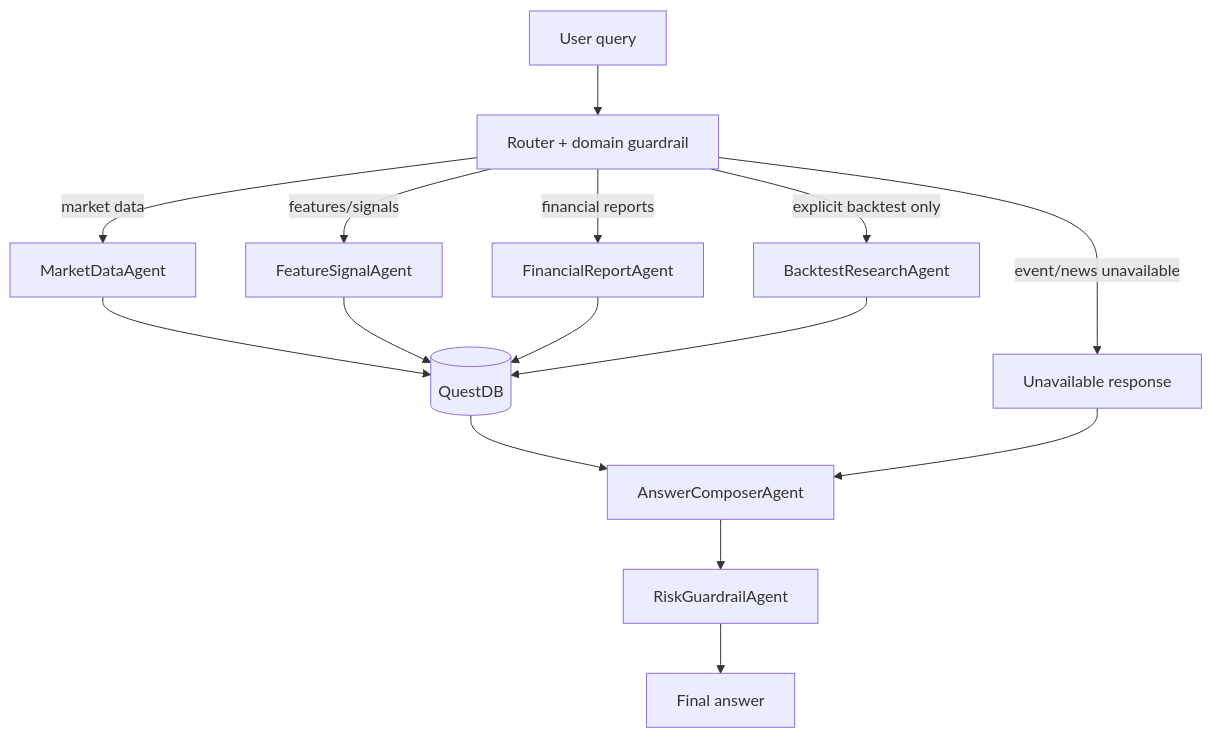
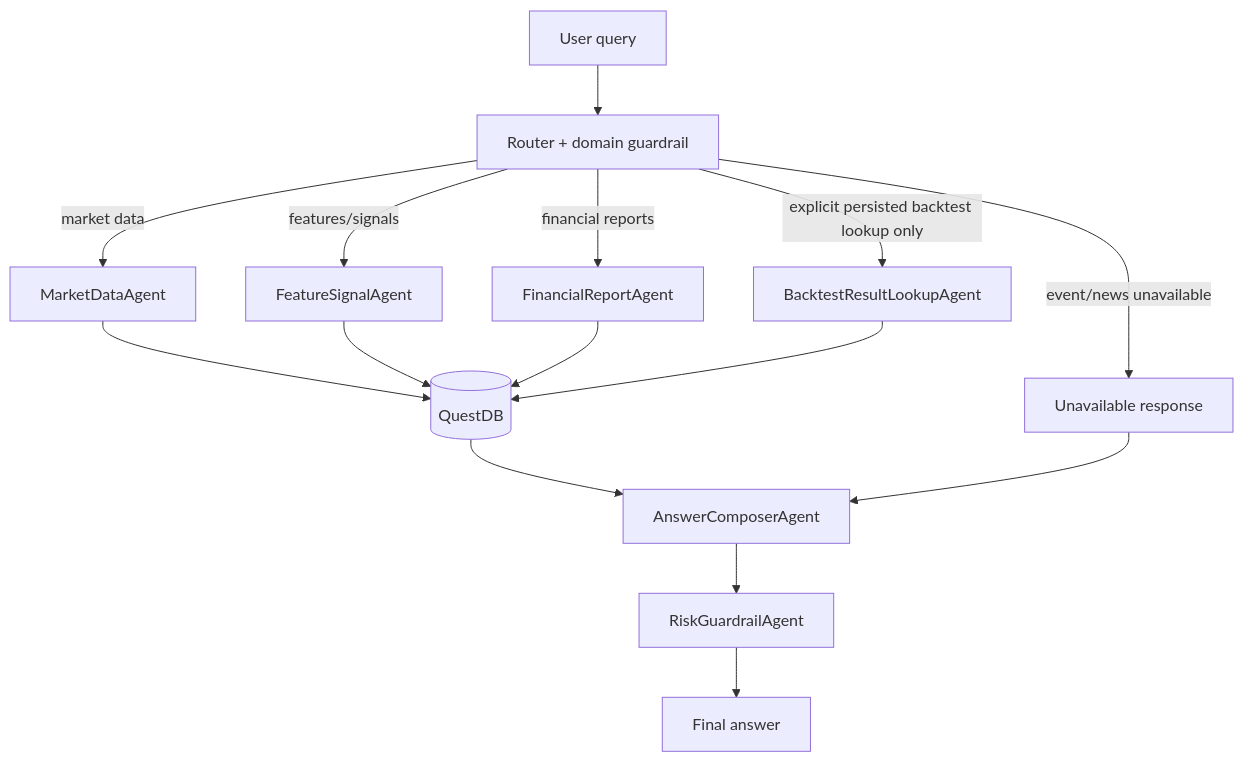
Before and after one commit to aumi102/vsf-agentic-trading-lab: the diagram in docs/agent_architecture/deepagents_subagent_architecture.md, drawn with Mermaid. The commit also changed other lines of this file and 6 other files, not shown here.

Commit message:
feat: expose persisted backtest results to agent

````diff
--- a/docs/agent_architecture/deepagents_subagent_architecture.md
+++ b/docs/agent_architecture/deepagents_subagent_architecture.md
@@ -29,17 +32,17 @@
 ```mermaid
 flowchart TD
     U[User query] --> R[Router + domain guardrail]
     R -->|market data| M[MarketDataAgent]
     R -->|features/signals| FS[FeatureSignalAgent]
     R -->|financial reports| FA[FinancialReportAgent]
-    R -->|explicit backtest only| BT[BacktestResearchAgent]
+    R -->|explicit persisted backtest lookup only| BT[BacktestResultLookupAgent]
     R -->|event/news unavailable| UN[Unavailable response]
     M --> Q[(QuestDB)]
     FS --> Q
     FA --> Q
     BT --> Q
     Q --> C[AnswerComposerAgent]
     UN --> C
     C --> G[RiskGuardrailAgent]
     G --> A[Final answer]
 ```
````
